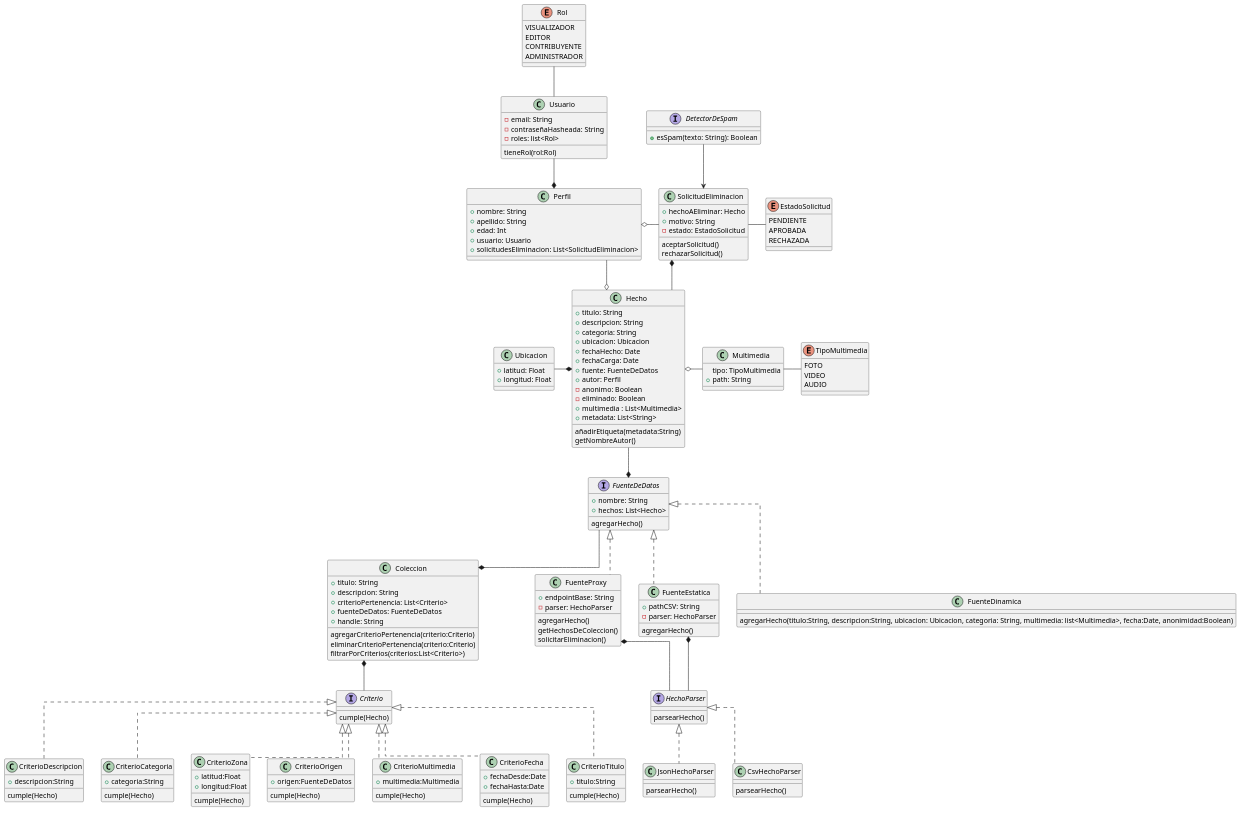
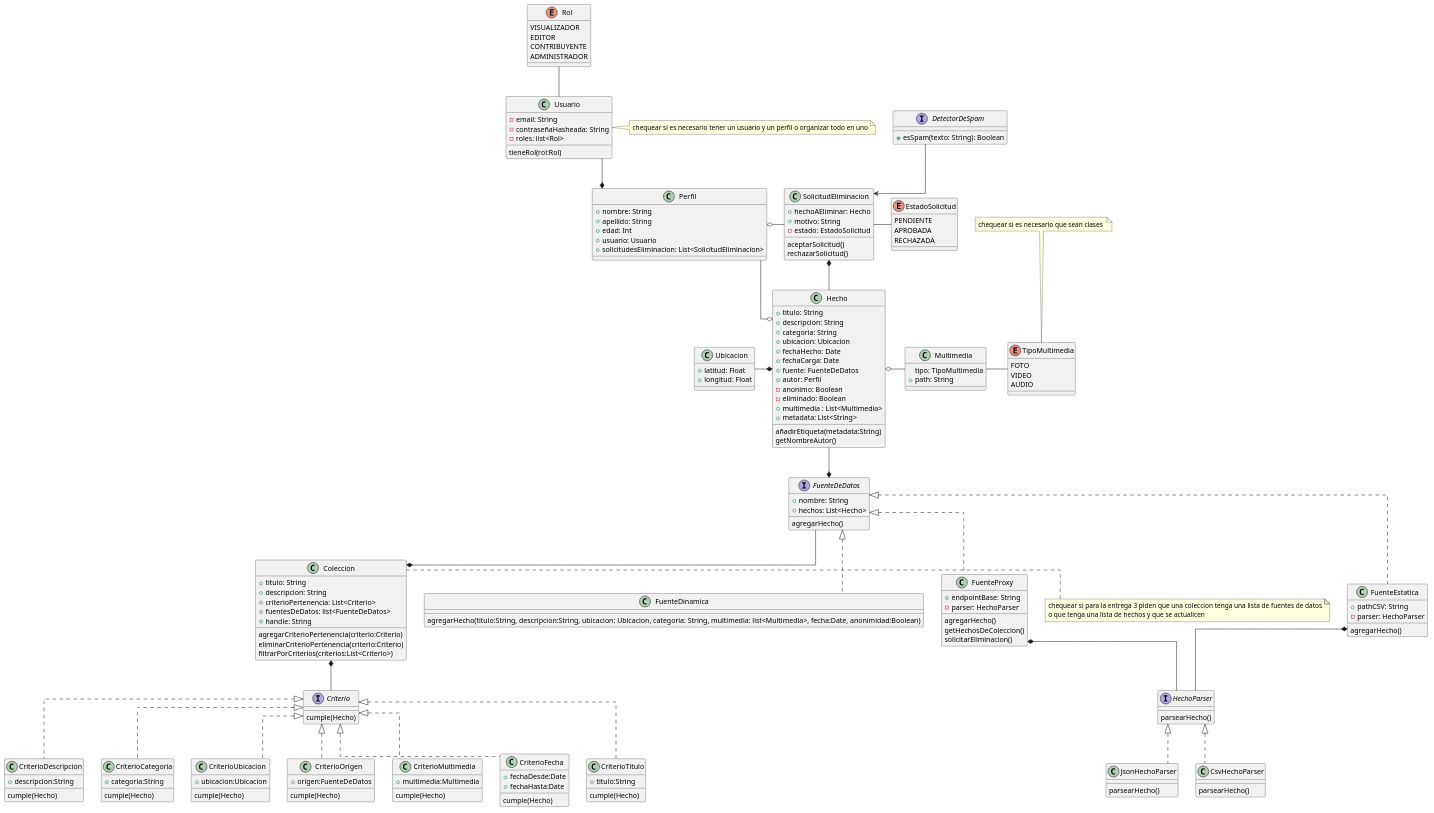
Before and after one commit to ITantucci/TP-DDSI: the diagram in Entrega 2/Diagrama de clases - Entrega 2- v3.puml, drawn with PlantUML. The commit also changed 1 other file, not shown here.

```diff
--- a/Entrega 2/Diagrama de clases - Entrega 2- v3.puml
+++ b/Entrega 2/Diagrama de clases - Entrega 2- v3.puml
@@ -1,4 +1,4 @@
-@startuml Diagrama de clases - Entrega 2 - v3
+ @startuml Diagrama de clases - Entrega 2 - v3
 
 skinparam linetype ortho
 
@@ -33,7 +33,7 @@
     -eliminado: Boolean
     +multimedia : List<Multimedia>
     +metadata: List<String> 
-    {method} añadirEtiqueta(metadata:String)
+    {method}añadirEtiqueta(metadata:String)
     {method}getNombreAutor() 
 }
 
@@ -46,6 +46,11 @@
     tipo: TipoMultimedia
     +path: String
 } 
+
+note top of TipoMultimedia
+chequear si es necesario que sean clases 
+end note
+
 enum TipoMultimedia {
   FOTO
   VIDEO
@@ -62,15 +67,12 @@
 
 interface HechoParser{
     {method}parsearHecho()
-    }
+}
 
 '-----------------Fuentes de datos Dinamica----------------
 class FuenteDinamica implements FuenteDeDatos{
     {method}agregarHecho(titulo:String, descripcion:String, ubicacion: Ubicacion, categoria: String, multimedia: list<Multimedia>, fecha:Date, anonimidad:Boolean)
 }
-
-
-
 
 '-----------------Fuentes de datos Estatica----------------
 class FuenteEstatica implements FuenteDeDatos{
@@ -81,7 +83,7 @@
 
 class CsvHechoParser implements HechoParser{
     {method}parsearHecho()
-    }
+}
 
 '-----------------Fuentes de datos Proxy----------------
 class FuenteProxy implements FuenteDeDatos{
@@ -91,28 +93,28 @@
     {method}getHechosDeColeccion()
     {method}solicitarEliminacion()
     
-    }
+}
+
 class JsonHechoParser implements HechoParser{
     {method}parsearHecho()
-    }
-
-
+}
 
 '-----------------Colecciones----------------
+note left of Coleccion
+chequear si para la entrega 3 piden que una coleccion tenga una lista de fuentes de datos
+o que tenga una lista de hechos y que se actualicen 
+end note
 
 class Coleccion{
     +titulo: String
     +descripcion: String
     +criterioPertenencia: List<Criterio>
-    +fuenteDeDatos: FuenteDeDatos
+    +fuentesDeDatos: list<FuenteDeDatos>
     +handle: String
     {method}agregarCriterioPertenencia(criterio:Criterio)
     {method}eliminarCriterioPertenencia(criterio:Criterio)
     {method}filtrarPorCriterios(criterios:List<Criterio>)
 }
-
-
-
 
 
 '-----------------Solicitud de eliminacion----------------
@@ -138,6 +140,10 @@
 
 
 ' ----Usuario rol perfil ----
+
+note left of Usuario
+chequear si es necesario tener un usuario y un perfil o organizar todo en uno
+end note
 
 class Usuario{
     -email: String
@@ -182,9 +188,8 @@
     +categoria:String
     {method}cumple(Hecho)
 }
-class CriterioZona implements Criterio{
-    +latitud:Float
-    +longitud:Float
+class CriterioUbicacion implements Criterio{
+    +ubicacion:Ubicacion
     {method}cumple(Hecho)
 }
 class CriterioOrigen implements Criterio{
```
